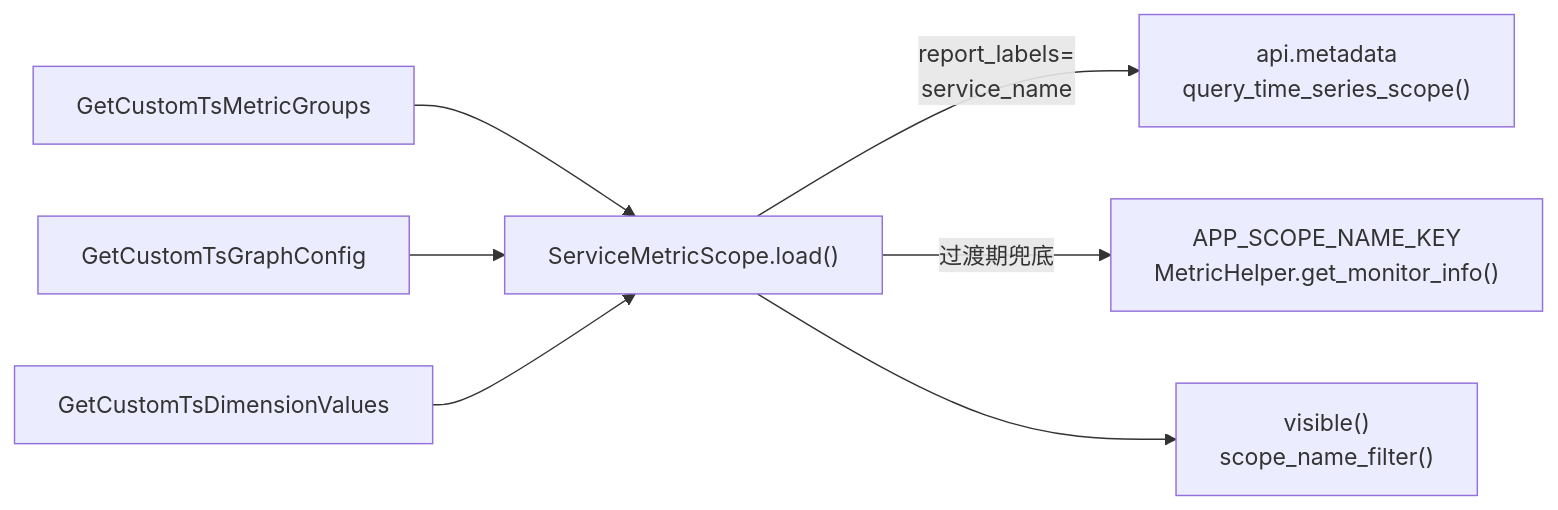
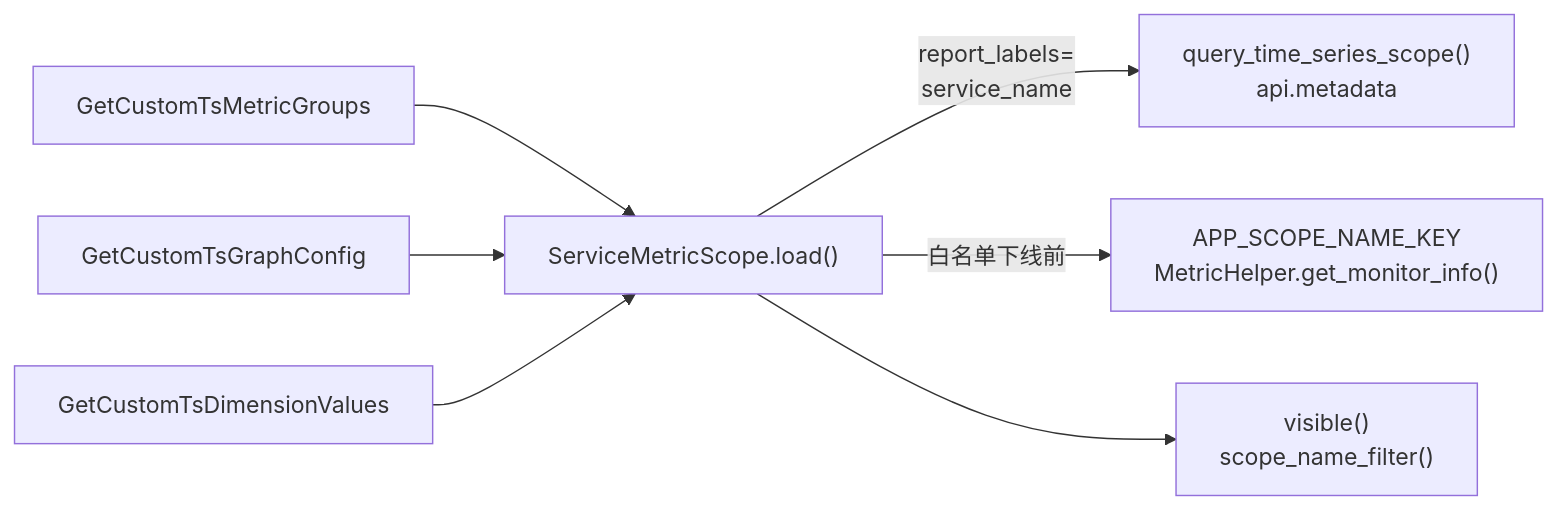
Diagram 16 of 22 in knowledge/bkmonitor/issues/2026-09-15-custom-metric-metadata/PLAN.md (ZhuoZhuoCrayon/ai-workspace), drawn with Mermaid before and after one commit. The commit also changed other lines of this file and 7 other files, not shown here.

Commit message:
docs(issue): choose all-new-tables plan for custom metric metadata on MySQL 5.7

````diff
--- a/knowledge/bkmonitor/issues/2026-09-15-custom-metric-metadata/PLAN.md
+++ b/knowledge/bkmonitor/issues/2026-09-15-custom-metric-metadata/PLAN.md
@@ -1402,9 +1047,9 @@
 ```mermaid
 flowchart LR
     Tree["GetCustomTsMetricGroups"] --> Load["ServiceMetricScope.load()"]
     Graph["GetCustomTsGraphConfig"] --> Load
     Dim["GetCustomTsDimensionValues"] --> Load
-    Load -->|"report_labels=<br/>service_name"| Scope["api.metadata<br/>query_time_series_scope()"]
-    Load -->|"过渡期兜底"| White["APP_SCOPE_NAME_KEY<br/>MetricHelper.get_monitor_info()"]
+    Load -->|"report_labels=<br/>service_name"| Scope["query_time_series_scope()<br/>api.metadata"]
+    Load -->|"白名单下线前"| White["APP_SCOPE_NAME_KEY<br/>MetricHelper.get_monitor_info()"]
     Load --> Obj["visible()<br/>scope_name_filter()"]
 ```
````
